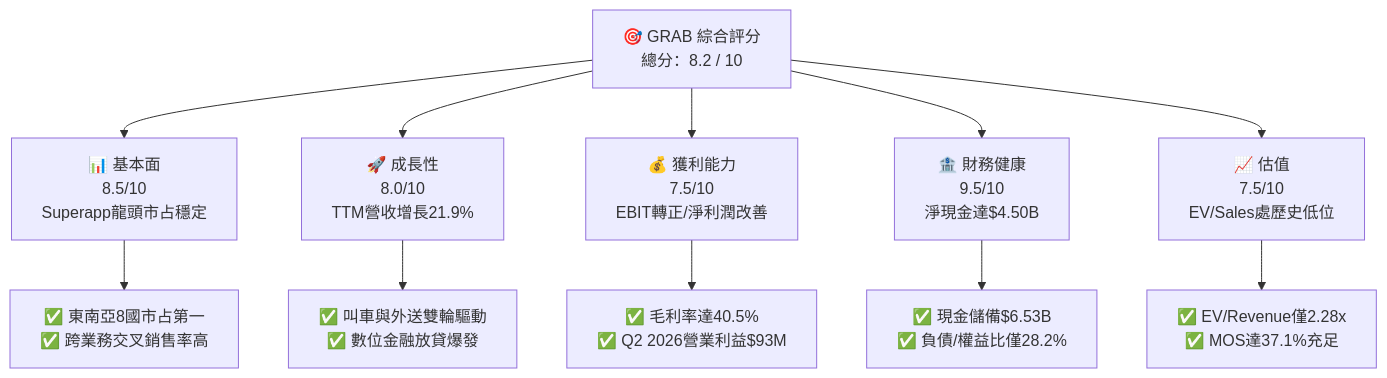
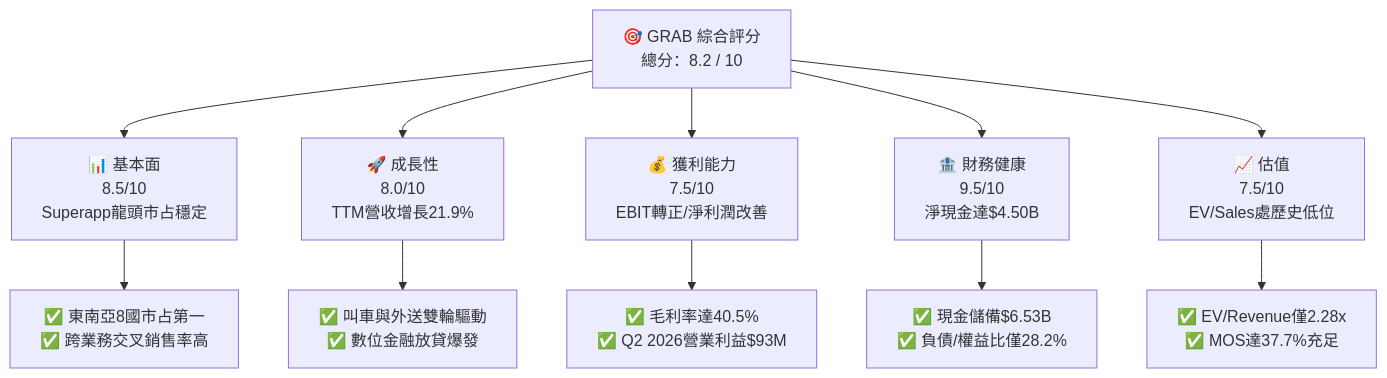
One commit to yennanliu/finance_data changed the first of 15 diagrams in ai_gen_report/fundamental/grab/fundamental_analysis_2026-10-11_gemini.md. Above: the diagram before and after it, drawn with Mermaid. The commit also changed other lines of this file and 339 other files, not shown here.

````diff
--- a/ai_gen_report/fundamental/grab/fundamental_analysis_2026-10-11_gemini.md
+++ b/ai_gen_report/fundamental/grab/fundamental_analysis_2026-10-11_gemini.md
@@ -58,22 +65,22 @@
 ```mermaid
 graph TD
     TICKER["🎯 GRAB 綜合評分<br/>總分：8.2 / 10"]
 
     F["📊 基本面<br/>8.5/10<br/>Superapp龍頭市占穩定"]
     G["🚀 成長性<br/>8.0/10<br/>TTM營收增長21.9%"]
     P["💰 獲利能力<br/>7.5/10<br/>EBIT轉正/淨利潤改善"]
     B["🏦 財務健康<br/>9.5/10<br/>淨現金達$4.50B"]
     V["📈 估值<br/>7.5/10<br/>EV/Sales處歷史低位"]
 
     TICKER --> F
     TICKER --> G
     TICKER --> P
     TICKER --> B
     TICKER --> V
 
     F --> F1["✅ 東南亞8國市占第一<br/>✅ 跨業務交叉銷售率高"]
     G --> G1["✅ 叫車與外送雙輪驅動<br/>✅ 數位金融放貸爆發"]
     P --> P1["✅ 毛利率達40.5%<br/>✅ Q2 2026營業利益$93M"]
     B --> B1["✅ 現金儲備$6.53B<br/>✅ 負債/權益比僅28.2%"]
-    V --> V1["✅ EV/Revenue僅2.28x<br/>✅ MOS達37.1%充足"]
+    V --> V1["✅ EV/Revenue僅2.28x<br/>✅ MOS達37.7%充足"]
 ```
````
